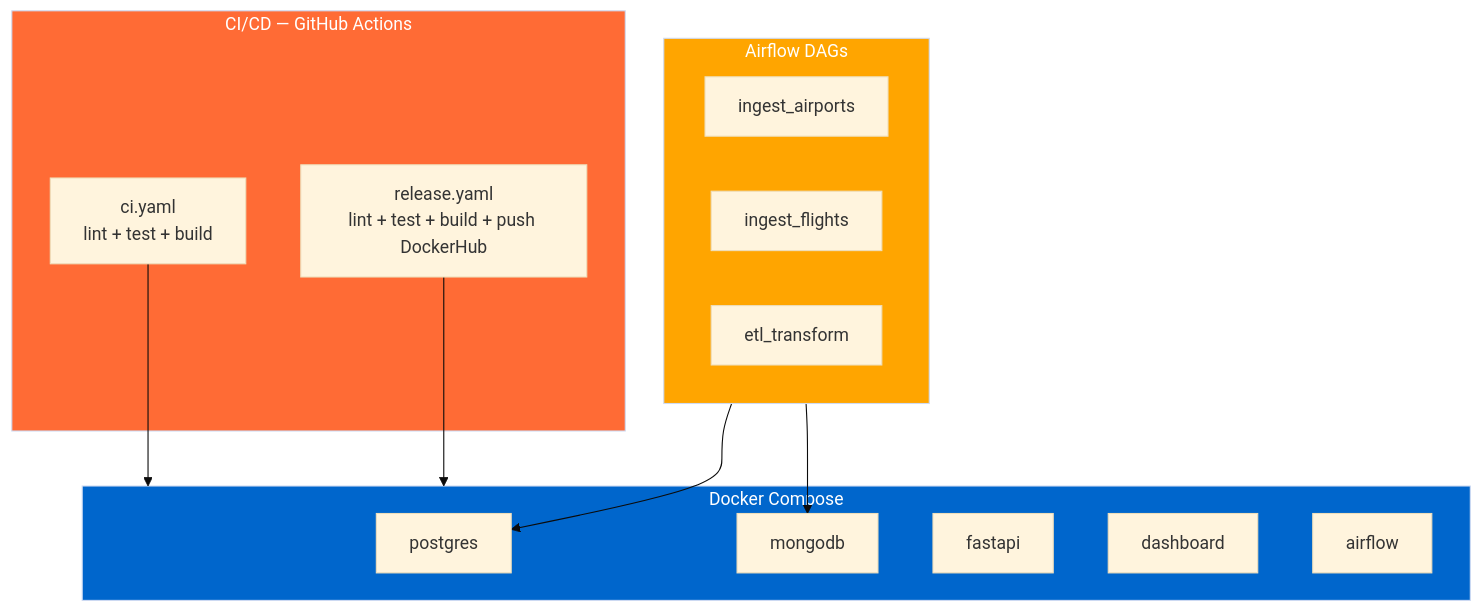
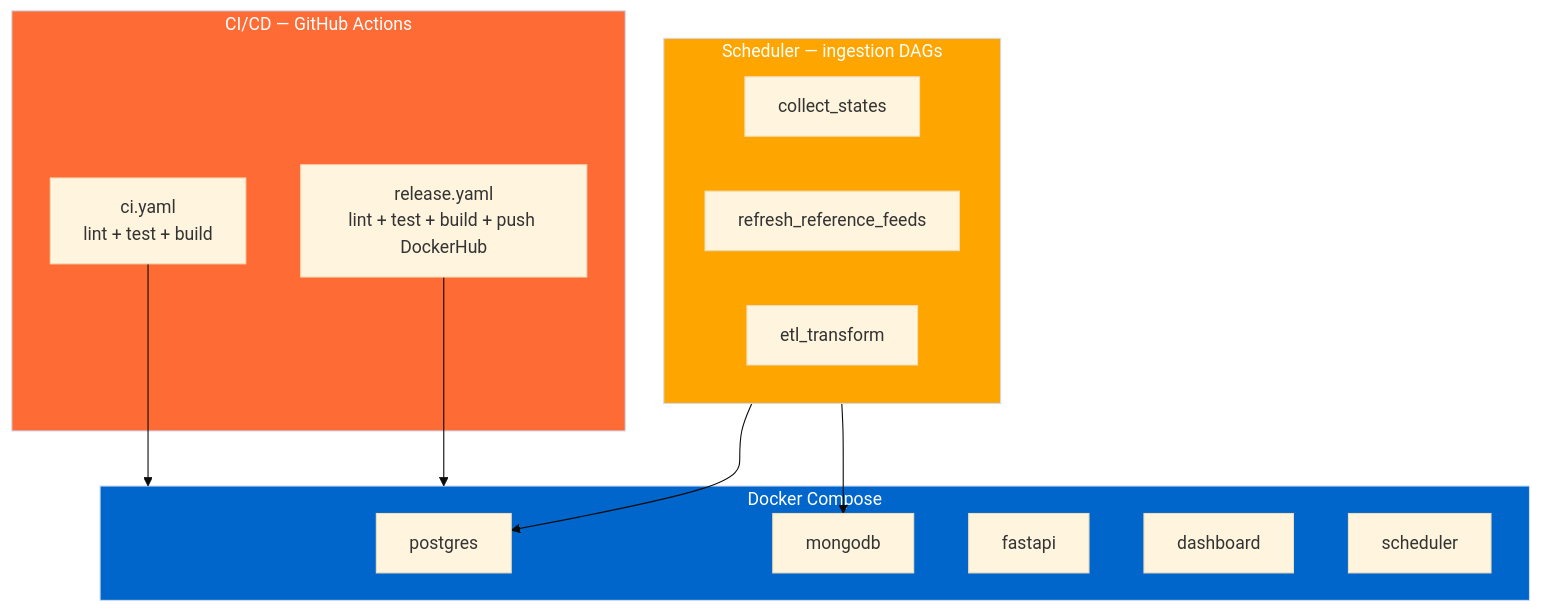
Before and after one commit to MatthiasSails/airline-data-platform: the fourth of 6 diagrams in docs/architecture/README.md, drawn with Mermaid (base theme). The commit also changed other lines of this file, not shown here.

First line of the commit message:
docs(architecture): refresh phase diagrams to OpenSky-States medallion model

````diff
--- a/docs/architecture/README.md
+++ b/docs/architecture/README.md
@@ -116,30 +132,30 @@
 ```mermaid
 graph TB
     subgraph CICD["CI/CD — GitHub Actions"]
         CI["ci.yaml<br/>lint + test + build"]
         REL["release.yaml<br/>lint + test + build + push DockerHub"]
     end
 
     subgraph COMPOSE["Docker Compose"]
         C1["postgres"]
         C2["mongodb"]
         C3["fastapi"]
         C4["dashboard"]
-        C5["airflow"]
+        C5["scheduler"]
     end
 
-    subgraph SCHED["Airflow DAGs"]
-        D1["ingest_airports"]
-        D2["ingest_flights"]
+    subgraph SCHED["Scheduler — ingestion DAGs"]
+        D1["collect_states"]
+        D2["refresh_reference_feeds"]
         D3["etl_transform"]
     end
 
     CI --> COMPOSE
     REL --> COMPOSE
     SCHED --> C1
     SCHED --> C2
 
     style CICD fill:#FF6B35,color:#fff
     style COMPOSE fill:#0066CC,color:#fff
     style SCHED fill:#FFA500,color:#fff
 ```
````
